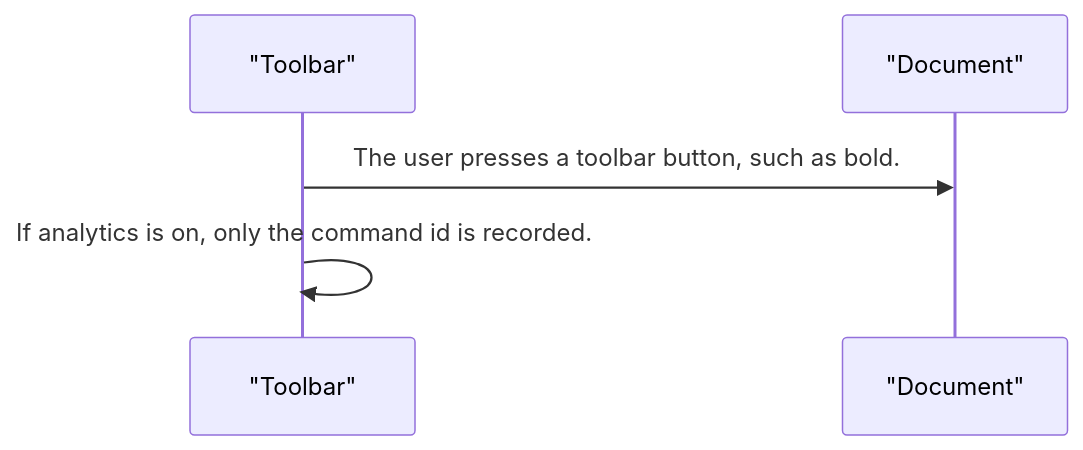
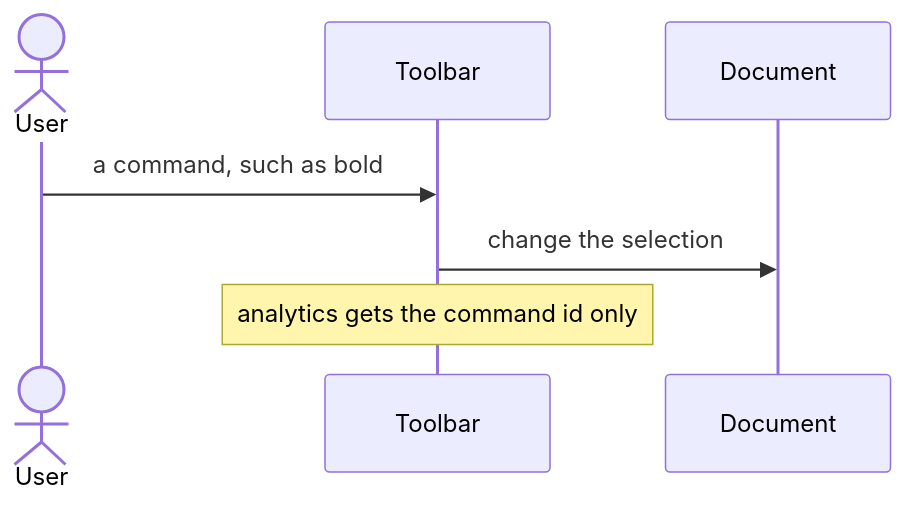
The third of 3 diagrams in projects/pixel-ui/src/lib/pixel-editor/DESIGN.md (RajshekharBorate/pixel-ui), drawn with Mermaid before and after one commit. The commit also changed other lines of this file and 73 other files, not shown here.

Commit message:
Explain who owns each value and what each flow does in every component and service design.

````diff
--- a/projects/pixel-ui/src/lib/pixel-editor/DESIGN.md
+++ b/projects/pixel-ui/src/lib/pixel-editor/DESIGN.md
@@ -57,7 +74,9 @@
 ```mermaid
 sequenceDiagram
-  participant bar as "Toolbar"
-  participant doc as "Document"
-  bar->>doc: The user presses a toolbar button, such as bold.
-  bar->>bar: If analytics is on, only the command id is recorded.
+  actor User
+  participant Bar as Toolbar
+  participant Doc as Document
+  User->>Bar: a command, such as bold
+  Bar->>Doc: change the selection
+  Note over Bar: analytics gets the command id only
 ```
````
